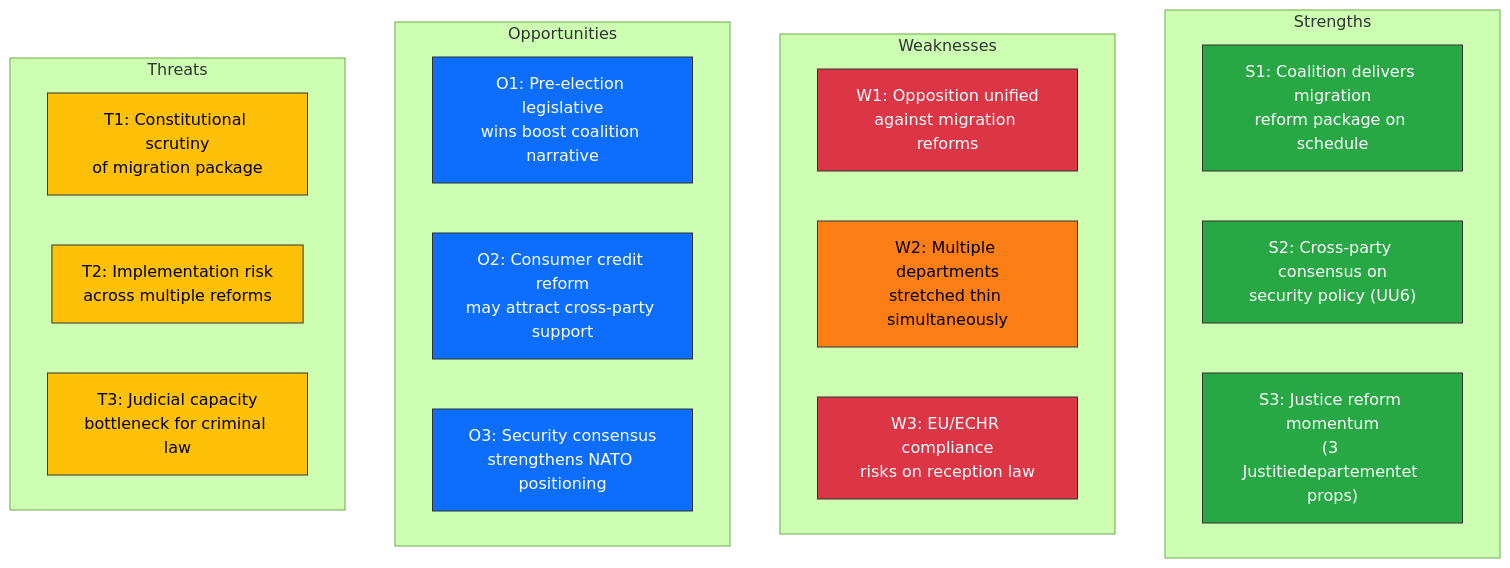
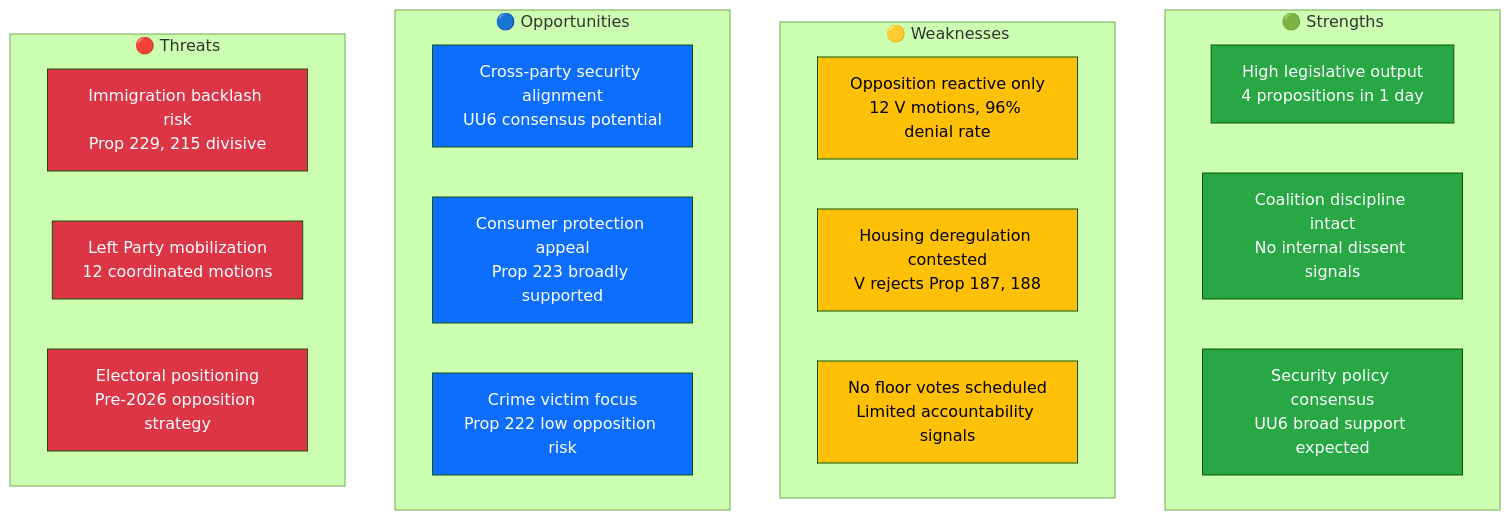
Before and after one commit to Hack23/riksdagsmonitor: the diagram in analysis/daily/2026-03-31/swot-analysis.md, drawn with Mermaid (forest theme). The commit also changed other lines of this file and 60 other files, not shown here.

````diff
--- a/analysis/daily/2026-03-31/swot-analysis.md
+++ b/analysis/daily/2026-03-31/swot-analysis.md
@@ -24,35 +12,35 @@
 ```mermaid
 graph TD
-    subgraph Strengths
-        S1["S1: Coalition delivers migration<br/>reform package on schedule"]
-        S2["S2: Cross-party consensus on<br/>security policy (UU6)"]
-        S3["S3: Justice reform momentum<br/>(3 Justitiedepartementet props)"]
+    subgraph "🟢 Strengths"
+        S1["High legislative output<br/>4 propositions in 1 day"]
+        S2["Coalition discipline intact<br/>No internal dissent signals"]
+        S3["Security policy consensus<br/>UU6 broad support expected"]
     end
-    subgraph Weaknesses
-        W1["W1: Opposition unified<br/>against migration reforms"]
-        W2["W2: Multiple departments<br/>stretched thin simultaneously"]
-        W3["W3: EU/ECHR compliance<br/>risks on reception law"]
+    subgraph "🟡 Weaknesses"
+        W1["Opposition reactive only<br/>12 V motions, 96% denial rate"]
+        W2["Housing deregulation contested<br/>V rejects Prop 187, 188"]
+        W3["No floor votes scheduled<br/>Limited accountability signals"]
     end
-    subgraph Opportunities
-        O1["O1: Pre-election legislative<br/>wins boost coalition narrative"]
-        O2["O2: Consumer credit reform<br/>may attract cross-party support"]
-        O3["O3: Security consensus<br/>strengthens NATO positioning"]
+    subgraph "🔵 Opportunities"
+        O1["Cross-party security alignment<br/>UU6 consensus potential"]
+        O2["Consumer protection appeal<br/>Prop 223 broadly supported"]
+        O3["Crime victim focus<br/>Prop 222 low opposition risk"]
     end
-    subgraph Threats
-        T1["T1: Constitutional scrutiny<br/>of migration package"]
-        T2["T2: Implementation risk<br/>across multiple reforms"]
-        T3["T3: Judicial capacity<br/>bottleneck for criminal law"]
+    subgraph "🔴 Threats"
+        T1["Immigration backlash risk<br/>Prop 229, 215 divisive"]
+        T2["Left Party mobilization<br/>12 coordinated motions"]
+        T3["Electoral positioning<br/>Pre-2026 opposition strategy"]
     end
-    style S1 fill:#28a745,stroke:#333,color:#fff
-    style S2 fill:#28a745,stroke:#333,color:#fff
-    style S3 fill:#28a745,stroke:#333,color:#fff
-    style W1 fill:#dc3545,stroke:#333,color:#fff
-    style W2 fill:#fd7e14,stroke:#333,color:#000
-    style W3 fill:#dc3545,stroke:#333,color:#fff
-    style O1 fill:#0d6efd,stroke:#333,color:#fff
-    style O2 fill:#0d6efd,stroke:#333,color:#fff
-    style O3 fill:#0d6efd,stroke:#333,color:#fff
-    style T1 fill:#ffc107,stroke:#333,color:#000
-    style T2 fill:#ffc107,stroke:#333,color:#000
-    style T3 fill:#ffc107,stroke:#333,color:#000
+    style S1 fill:#28a745,color:#fff
+    style S2 fill:#28a745,color:#fff
+    style S3 fill:#28a745,color:#fff
+    style W1 fill:#ffc107,color:#000
+    style W2 fill:#ffc107,color:#000
+    style W3 fill:#ffc107,color:#000
+    style O1 fill:#0d6efd,color:#fff
+    style O2 fill:#0d6efd,color:#fff
+    style O3 fill:#0d6efd,color:#fff
+    style T1 fill:#dc3545,color:#fff
+    style T2 fill:#dc3545,color:#fff
+    style T3 fill:#dc3545,color:#fff
 ```
````
